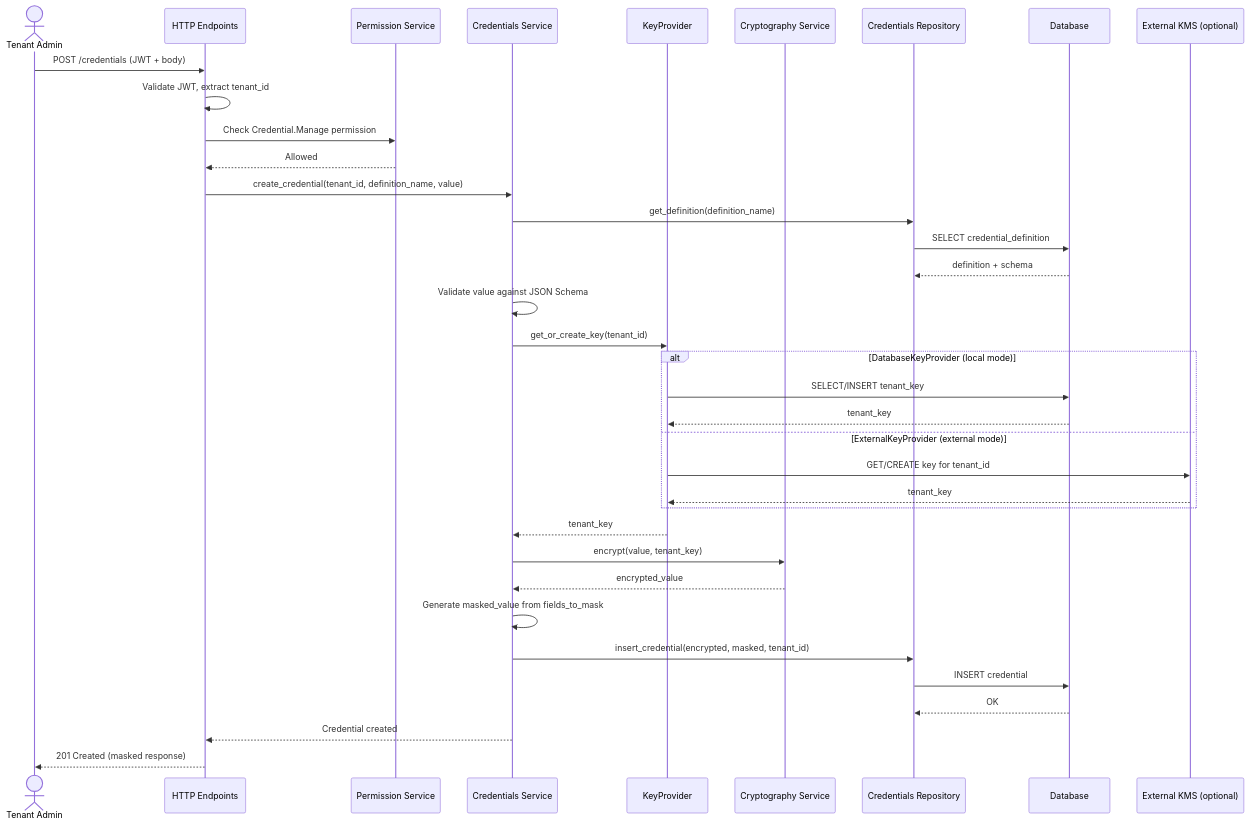
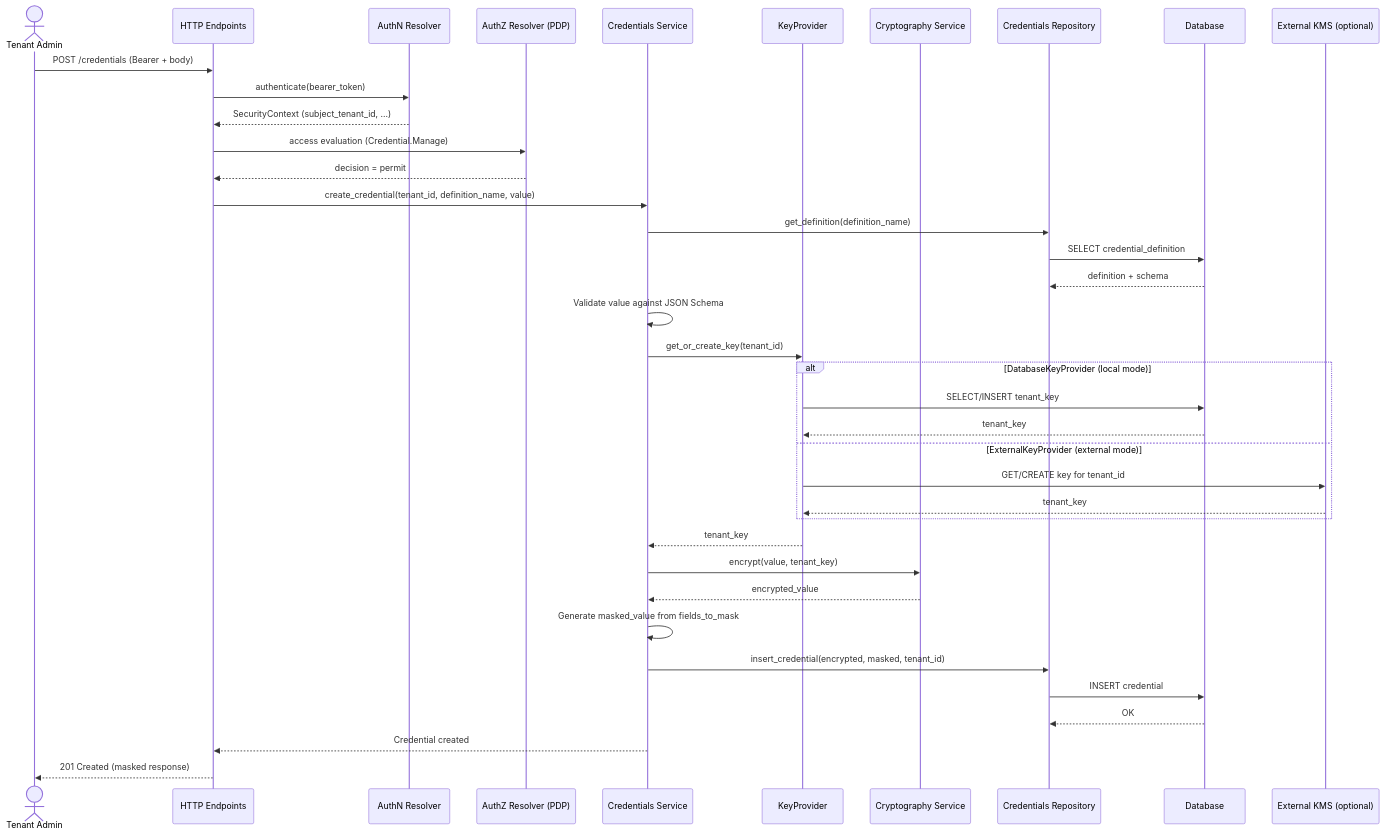
The second of 4 diagrams in modules/credstore/plugins/credentials-storage/DESIGN.md (nullhypothesic/cyberfabric-core), drawn with Mermaid before and after one commit. The commit also changed other lines of this file and 2 other files, not shown here.

Commit message:
docs: remove jwt

````diff
--- a/modules/credstore/plugins/credentials-storage/DESIGN.md
+++ b/modules/credstore/plugins/credentials-storage/DESIGN.md
@@ -468,39 +471,41 @@
 ```mermaid
 sequenceDiagram
     actor Admin as Tenant Admin
     participant API as HTTP Endpoints
-    participant Perm as Permission Service
+    participant AuthN as AuthN Resolver
+    participant AuthZ as AuthZ Resolver (PDP)
     participant Svc as Credentials Service
     participant KP as KeyProvider
     participant Crypto as Cryptography Service
     participant Repo as Credentials Repository
     participant DB as Database
     participant EXT as External KMS (optional)
 
-    Admin->>API: POST /credentials (JWT + body)
-    API->>API: Validate JWT, extract tenant_id
-    API->>Perm: Check Credential.Manage permission
-    Perm-->>API: Allowed
+    Admin->>API: POST /credentials (Bearer + body)
+    API->>AuthN: authenticate(bearer_token)
+    AuthN-->>API: SecurityContext (subject_tenant_id, ...)
+    API->>AuthZ: access evaluation (Credential.Manage)
+    AuthZ-->>API: decision = permit
     API->>Svc: create_credential(tenant_id, definition_name, value)
     Svc->>Repo: get_definition(definition_name)
     Repo->>DB: SELECT credential_definition
     DB-->>Repo: definition + schema
     Svc->>Svc: Validate value against JSON Schema
     Svc->>KP: get_or_create_key(tenant_id)
     alt DatabaseKeyProvider (local mode)
         KP->>DB: SELECT/INSERT tenant_key
         DB-->>KP: tenant_key
     else ExternalKeyProvider (external mode)
         KP->>EXT: GET/CREATE key for tenant_id
         EXT-->>KP: tenant_key
     end
     KP-->>Svc: tenant_key
     Svc->>Crypto: encrypt(value, tenant_key)
     Crypto-->>Svc: encrypted_value
     Svc->>Svc: Generate masked_value from fields_to_mask
     Svc->>Repo: insert_credential(encrypted, masked, tenant_id)
     Repo->>DB: INSERT credential
     DB-->>Repo: OK
     Svc-->>API: Credential created
     API-->>Admin: 201 Created (masked response)
 ```
````
